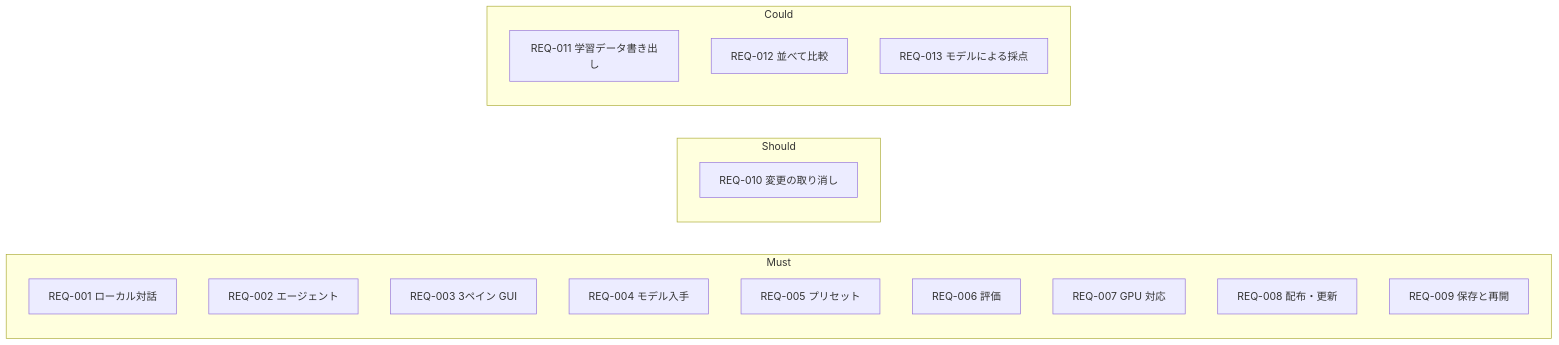
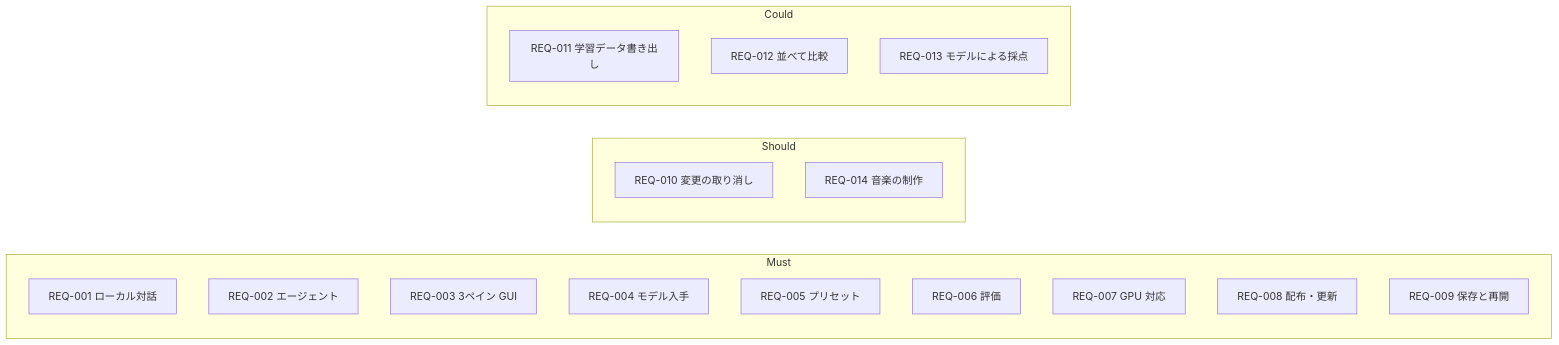
The diagram in docs/design/01_requirements.md (itiwoja/llm-party), drawn with Mermaid before and after one commit. The commit also changed other lines of this file and 21 other files, not shown here.

````diff
--- a/docs/design/01_requirements.md
+++ b/docs/design/01_requirements.md
@@ -13,22 +13,23 @@
 ```mermaid
 flowchart LR
   subgraph Must
     R1[REQ-001 ローカル対話]
     R2[REQ-002 エージェント]
     R3[REQ-003 3ペイン GUI]
     R4[REQ-004 モデル入手]
     R5[REQ-005 プリセット]
     R6[REQ-006 評価]
     R7[REQ-007 GPU 対応]
     R8[REQ-008 配布・更新]
     R9[REQ-009 保存と再開]
   end
   subgraph Should
     R10[REQ-010 変更の取り消し]
+    R14[REQ-014 音楽の制作]
   end
   subgraph Could
     R11[REQ-011 学習データ書き出し]
     R12[REQ-012 並べて比較]
     R13[REQ-013 モデルによる採点]
   end
 ```
````
